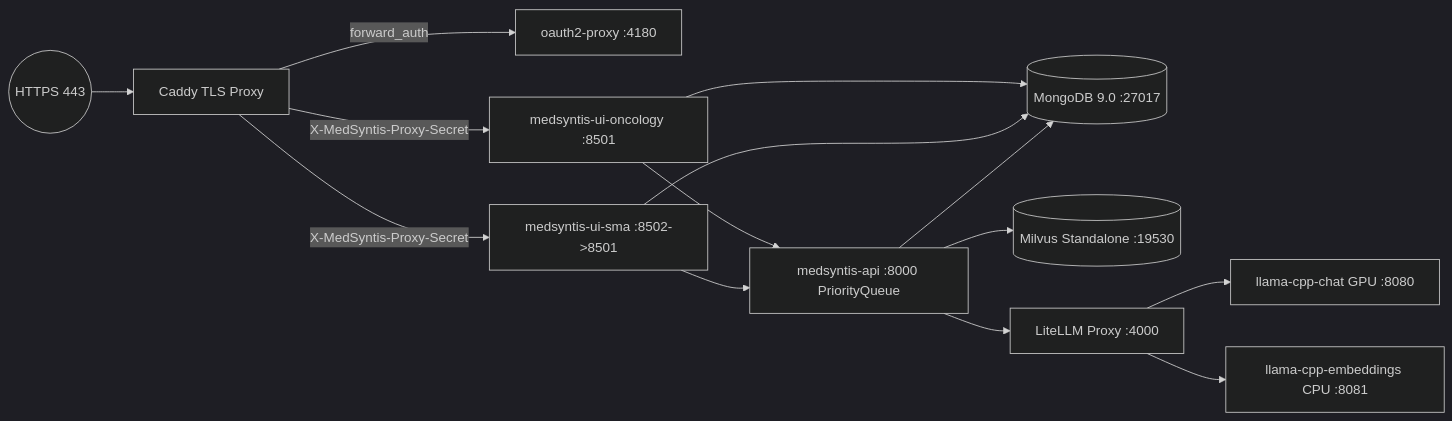
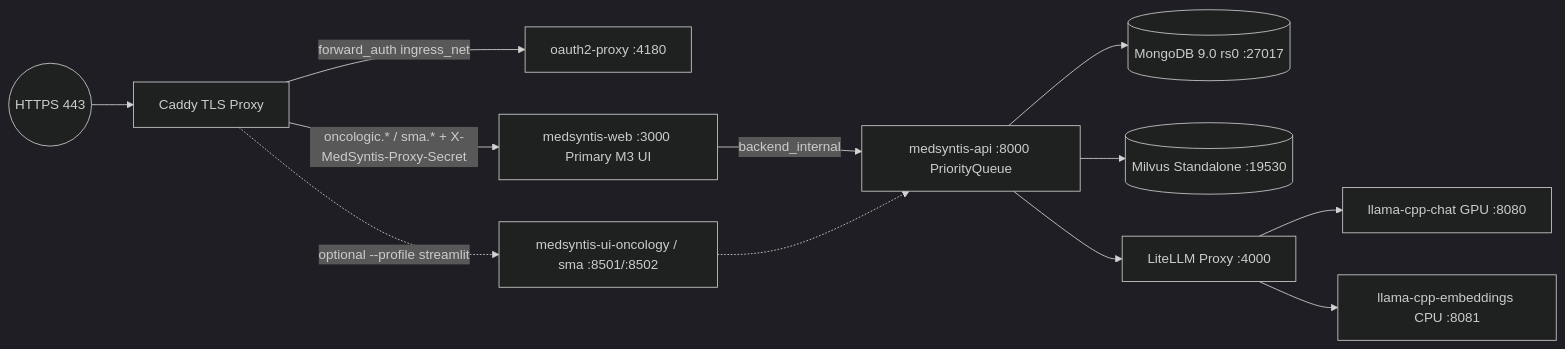
One commit to MedSyntis/MedSyntis changed the diagram in .agents/skills/sre-devops-expert/SKILL.md. Above: the diagram before and after it, drawn with Mermaid (dark theme). The commit also changed other lines of this file and 115 other files, not shown here.

````diff
--- a/.agents/skills/sre-devops-expert/SKILL.md
+++ b/.agents/skills/sre-devops-expert/SKILL.md
@@ -16,16 +16,14 @@
 ```mermaid
 graph LR
     Internet((HTTPS 443)) --> Caddy[Caddy TLS Proxy]
-    Caddy -->|forward_auth| OAuth[oauth2-proxy :4180]
-    Caddy -->|X-MedSyntis-Proxy-Secret| UI_Onco[medsyntis-ui-oncology :8501]
-    Caddy -->|X-MedSyntis-Proxy-Secret| UI_SMA[medsyntis-ui-sma :8502->8501]
-    UI_Onco --> API[medsyntis-api :8000 PriorityQueue]
-    UI_SMA --> API
-    UI_Onco --> Mongo[(MongoDB 9.0 :27017)]
-    UI_SMA --> Mongo
-    API --> Mongo
+    Caddy -->|forward_auth ingress_net| OAuth[oauth2-proxy :4180]
+    Caddy -->|oncologic.* / sma.* + X-MedSyntis-Proxy-Secret| Web[medsyntis-web :3000 Primary M3 UI]
+    Caddy -.->|optional --profile streamlit| UI_ST[medsyntis-ui-oncology / sma :8501/:8502]
+    Web -->|backend_internal| API[medsyntis-api :8000 PriorityQueue]
+    UI_ST -.-> API
+    API --> Mongo[(MongoDB 9.0 rs0 :27017)]
     API --> Milvus[(Milvus Standalone :19530)]
     API --> LiteLLM[LiteLLM Proxy :4000]
     LiteLLM --> LlamaChat[llama-cpp-chat GPU :8080]
     LiteLLM --> LlamaEmb[llama-cpp-embeddings CPU :8081]
 ```
````
